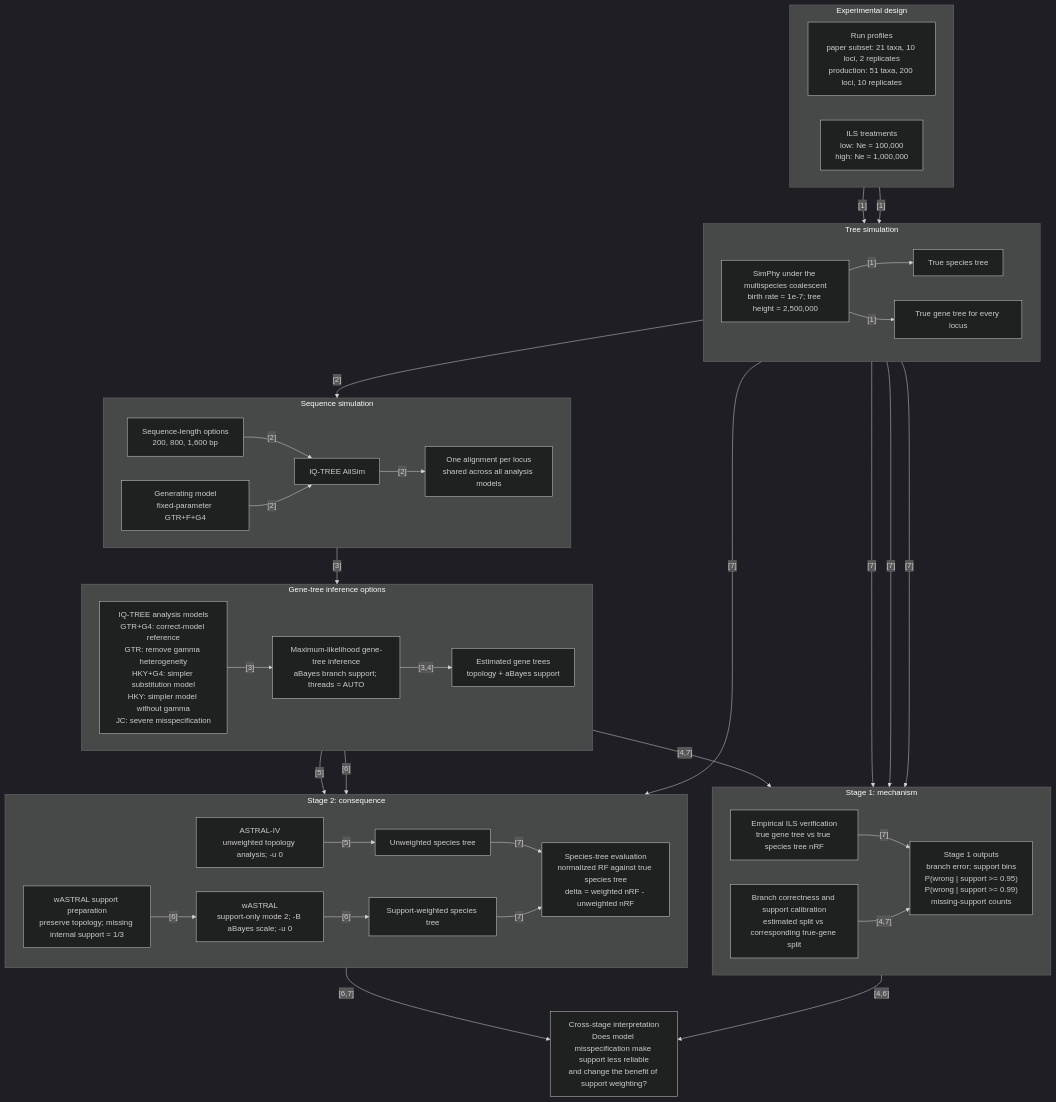
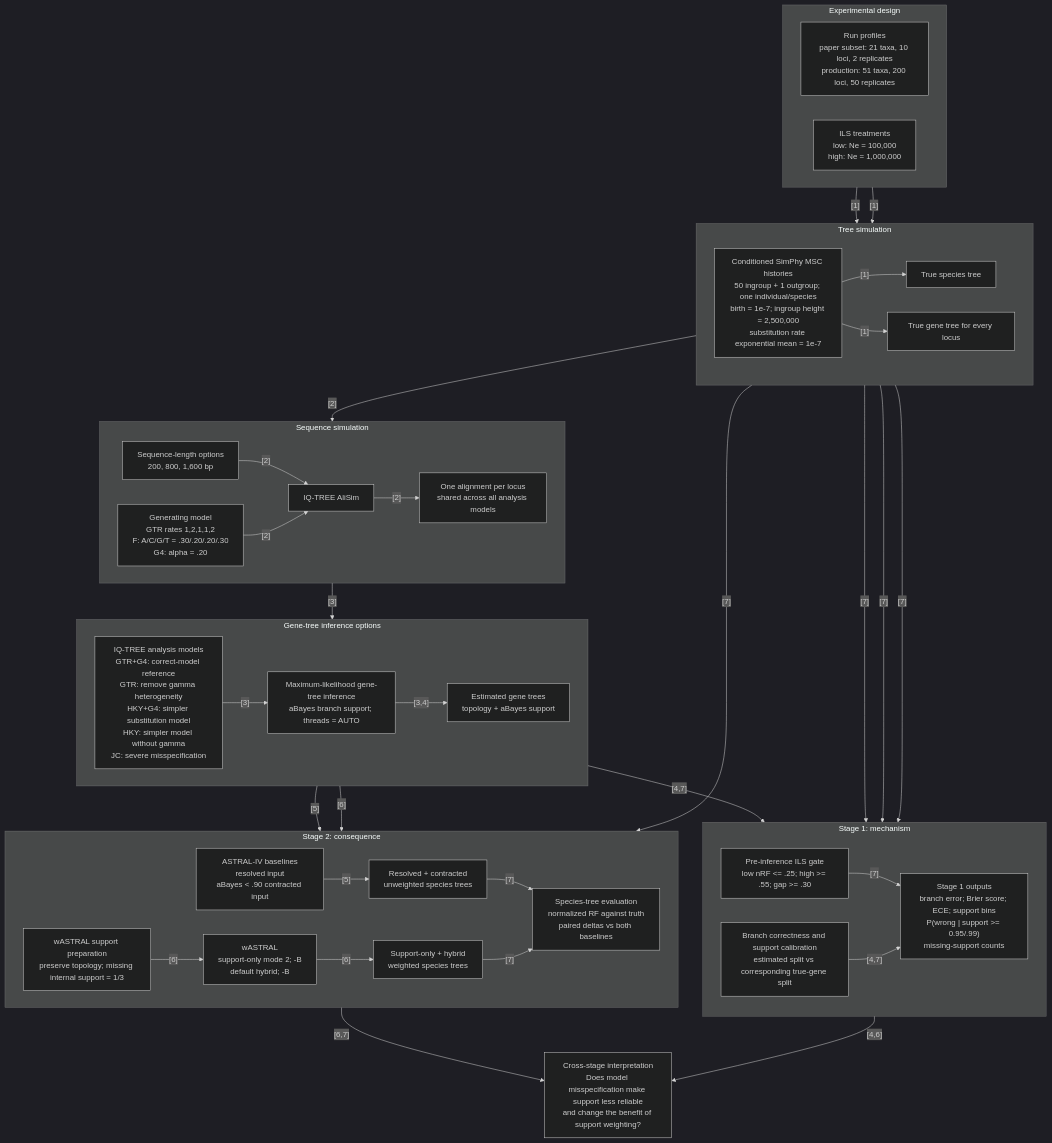
The diagram in PIPELINE_FIGURE.md (hyadess/CSE6406-project), drawn with Mermaid (dark theme) before and after one commit. The commit also changed other lines of this file and 25 other files, not shown here.

````diff
--- a/PIPELINE_FIGURE.md
+++ b/PIPELINE_FIGURE.md
@@ -9,80 +9,80 @@
 ```mermaid
 flowchart TB
     subgraph S0[Experimental design]
         direction LR
-        PROFILE["Run profiles<br/>paper subset: 21 taxa, 10 loci, 2 replicates<br/>production: 51 taxa, 200 loci, 10 replicates"]
+        PROFILE["Run profiles<br/>paper subset: 21 taxa, 10 loci, 2 replicates<br/>production: 51 taxa, 200 loci, 50 replicates"]
         ILS["ILS treatments<br/>low: Ne = 100,000<br/>high: Ne = 1,000,000"]
     end
 
     subgraph S1[Tree simulation]
         direction LR
-        SIMPHY["SimPhy under the multispecies coalescent<br/>birth rate = 1e-7; tree height = 2,500,000"]
+        SIMPHY["Conditioned SimPhy MSC histories<br/>50 ingroup + 1 outgroup; one individual/species<br/>birth = 1e-7; ingroup height = 2,500,000<br/>substitution rate exponential mean = 1e-7"]
         TRUE_ST["True species tree"]
         TRUE_GT["True gene tree for every locus"]
     end
 
     PROFILE -->|"[1]"| SIMPHY
     ILS -->|"[1]"| SIMPHY
     SIMPHY -->|"[1]"| TRUE_ST
     SIMPHY -->|"[1]"| TRUE_GT
 
     subgraph S2[Sequence simulation]
         direction LR
         LENGTH["Sequence-length options<br/>200, 800, 1,600 bp"]
-        GENMODEL["Generating model<br/>fixed-parameter GTR+F+G4"]
+        GENMODEL["Generating model<br/>GTR rates 1,2,1,1,2<br/>F: A/C/G/T = .30/.20/.20/.30<br/>G4: alpha = .20"]
         ALISIM["IQ-TREE AliSim"]
         ALIGN["One alignment per locus<br/>shared across all analysis models"]
     end
 
     TRUE_GT -->|"[2]"| ALISIM
     LENGTH -->|"[2]"| ALISIM
     GENMODEL -->|"[2]"| ALISIM
     ALISIM -->|"[2]"| ALIGN
 
     subgraph S3[Gene-tree inference options]
         direction LR
         MODELS["IQ-TREE analysis models<br/>GTR+G4: correct-model reference<br/>GTR: remove gamma heterogeneity<br/>HKY+G4: simpler substitution model<br/>HKY: simpler model without gamma<br/>JC: severe misspecification"]
         IQTREE["Maximum-likelihood gene-tree inference<br/>aBayes branch support; threads = AUTO"]
         EST_GT["Estimated gene trees<br/>topology + aBayes support"]
     end
 
     ALIGN -->|"[3]"| IQTREE
     MODELS -->|"[3]"| IQTREE
     IQTREE -->|"[3,4]"| EST_GT
 
     subgraph S4[Stage 1: mechanism]
         direction LR
-        ILS_CHECK["Empirical ILS verification<br/>true gene tree vs true species tree nRF"]
+        ILS_CHECK["Pre-inference ILS gate<br/>low nRF <= .25; high >= .55; gap >= .30"]
         BRANCH["Branch correctness and support calibration<br/>estimated split vs corresponding true-gene split"]
-        S1OUT["Stage 1 outputs<br/>branch error; support bins<br/>P(wrong | support >= 0.95)<br/>P(wrong | support >= 0.99)<br/>missing-support counts"]
+        S1OUT["Stage 1 outputs<br/>branch error; Brier score; ECE; support bins<br/>P(wrong | support >= 0.95/.99)<br/>missing-support counts"]
     end
 
     TRUE_GT -->|"[7]"| ILS_CHECK
     TRUE_ST -->|"[7]"| ILS_CHECK
     TRUE_GT -->|"[7]"| BRANCH
     EST_GT -->|"[4,7]"| BRANCH
     ILS_CHECK -->|"[7]"| S1OUT
     BRANCH -->|"[4,7]"| S1OUT
 
     subgraph S5[Stage 2: consequence]
         direction LR
-        ASTRAL["ASTRAL-IV<br/>unweighted topology analysis; -u 0"]
+        ASTRAL["ASTRAL-IV baselines<br/>resolved input<br/>aBayes < .90 contracted input"]
         PREP["wASTRAL support preparation<br/>preserve topology; missing internal support = 1/3"]
-        WASTRAL["wASTRAL<br/>support-only mode 2; -B aBayes scale; -u 0"]
-        UST["Unweighted species tree"]
-        WST["Support-weighted species tree"]
-        EVAL["Species-tree evaluation<br/>normalized RF against true species tree<br/>delta = weighted nRF - unweighted nRF"]
+        WASTRAL["wASTRAL<br/>support-only mode 2; -B<br/>default hybrid; -B"]
+        UST["Resolved + contracted<br/>unweighted species trees"]
+        WST["Support-only + hybrid<br/>weighted species trees"]
+        EVAL["Species-tree evaluation<br/>normalized RF against truth<br/>paired deltas vs both baselines"]
     end
 
     EST_GT -->|"[5]"| ASTRAL
     EST_GT -->|"[6]"| PREP
     PREP -->|"[6]"| WASTRAL
     ASTRAL -->|"[5]"| UST
     WASTRAL -->|"[6]"| WST
     TRUE_ST -->|"[7]"| EVAL
     UST -->|"[7]"| EVAL
     WST -->|"[7]"| EVAL
 
     S1OUT -->|"[4,6]"| SYNTHESIS["Cross-stage interpretation<br/>Does model misspecification make support less reliable<br/>and change the benefit of support weighting?"]
     EVAL -->|"[6,7]"| SYNTHESIS
 ```
````
